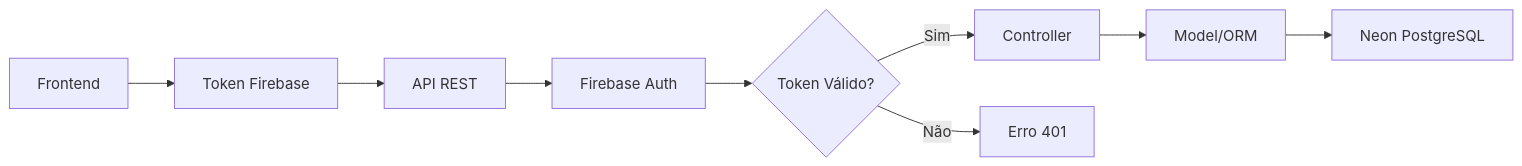
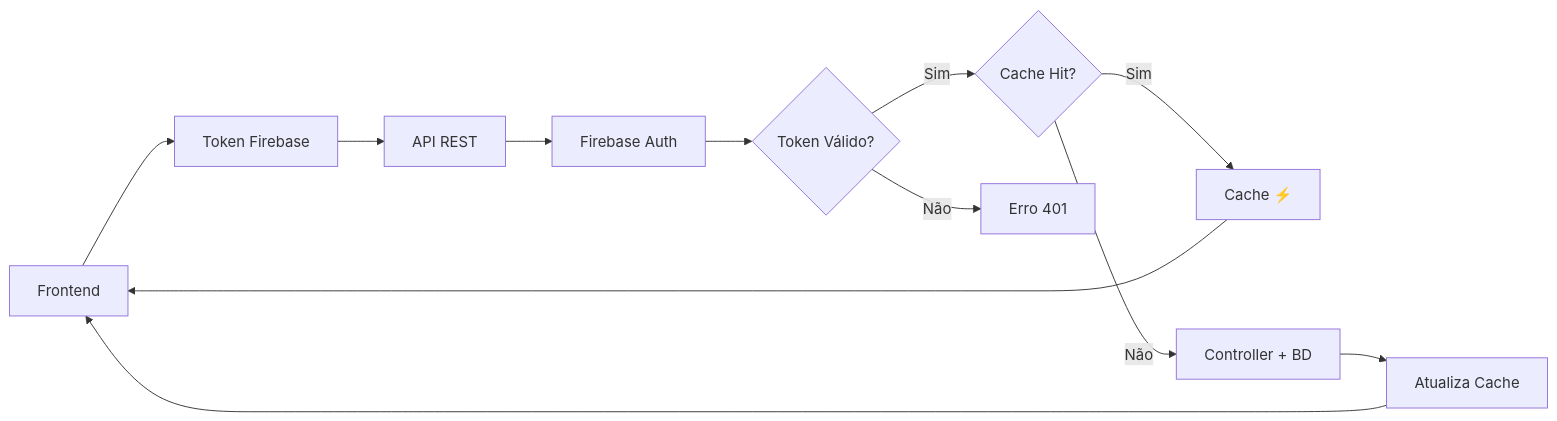
Before and after one commit to Mosfet04/PythonPet: the second of 3 diagrams in README.md, drawn with Mermaid. The commit also changed other lines of this file and 11 other files, not shown here.

````diff
--- a/README.md
+++ b/README.md
@@ -354,11 +458,14 @@
 ```mermaid
 graph LR
     A[Frontend] --> B[Token Firebase]
     B --> C[API REST]
     C --> D[Firebase Auth]
     D --> E{Token Válido?}
-    E -->|Sim| F[Controller]
+    E -->|Sim| F{Cache Hit?}
     E -->|Não| G[Erro 401]
-    F --> H[Model/ORM]
-    H --> I[Neon PostgreSQL]
+    F -->|Sim| H[Cache ⚡]
+    F -->|Não| I[Controller + BD]
+    I --> J[Atualiza Cache]
+    H --> A
+    J --> A
 ```
````
